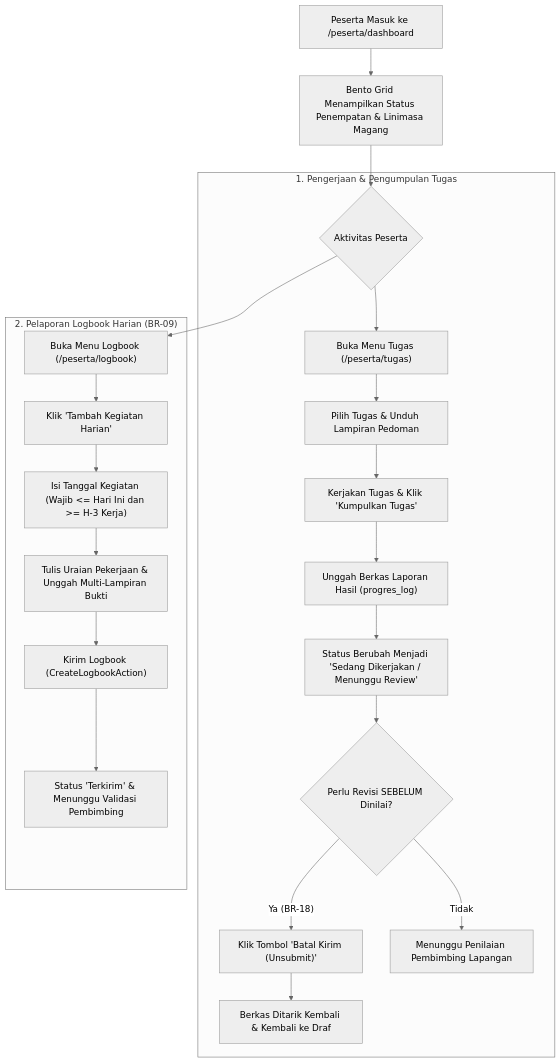
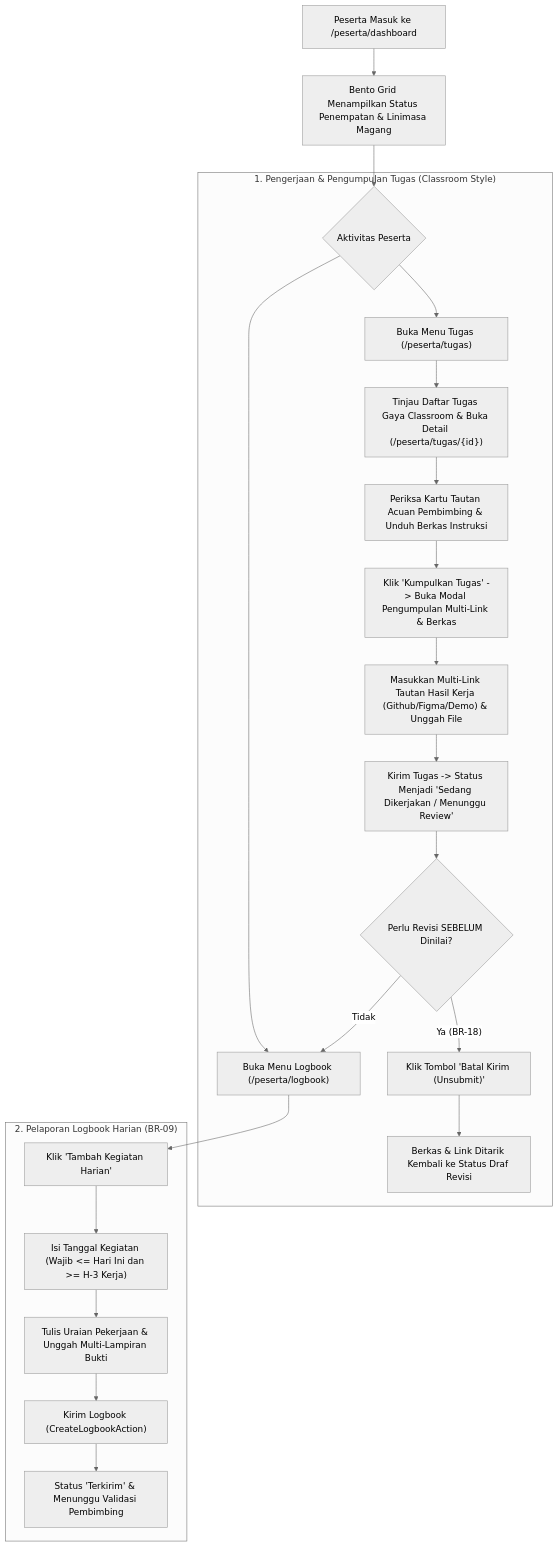
Before and after one commit to EvilAekt/MAGKOM: the diagram in docs/features/participants.md, drawn with Mermaid (neutral theme). The commit also changed other lines of this file and 10 other files, not shown here.

````diff
--- a/docs/features/participants.md
+++ b/docs/features/participants.md
@@ -35,26 +35,27 @@
 ```mermaid
 flowchart TD
     A["Peserta Masuk ke /peserta/dashboard"] --> B["Bento Grid Menampilkan Status Penempatan & Linimasa Magang"]
     B --> C{"Aktivitas Peserta"}
     
-    subgraph AlurTugas ["1. Pengerjaan & Pengumpulan Tugas"]
+    subgraph AlurTugas ["1. Pengerjaan & Pengumpulan Tugas (Classroom Style)"]
         C --> D["Buka Menu Tugas (/peserta/tugas)"]
-        D --> E["Pilih Tugas & Unduh Lampiran Pedoman"]
-        E --> F["Kerjakan Tugas & Klik 'Kumpulkan Tugas'"]
-        F --> G["Unggah Berkas Laporan Hasil (progres_log)"]
-        G --> H["Status Berubah Menjadi 'Sedang Dikerjakan / Menunggu Review'"]
-        H --> I{"Perlu Revisi SEBELUM Dinilai?"}
-        I -- "Ya (BR-18)" --> J["Klik Tombol 'Batal Kirim (Unsubmit)'"]
-        J --> K["Berkas Ditarik Kembali & Kembali ke Draf"]
-        I -- "Tidak" --> L["Menunggu Penilaian Pembimbing Lapangan"]
+        D --> E["Tinjau Daftar Tugas Gaya Classroom & Buka Detail (/peserta/tugas/{id})"]
+        E --> F["Periksa Kartu Tautan Acuan Pembimbing & Unduh Berkas Instruksi"]
+        F --> G["Klik 'Kumpulkan Tugas' -> Buka Modal Pengumpulan Multi-Link & Berkas"]
+        G --> H["Masukkan Multi-Link Tautan Hasil Kerja (Github/Figma/Demo) & Unggah File"]
+        H --> I["Kirim Tugas -> Status Menjadi 'Sedang Dikerjakan / Menunggu Review'"]
+        I --> J{"Perlu Revisi SEBELUM Dinilai?"}
+        J -- "Ya (BR-18)" --> K["Klik Tombol 'Batal Kirim (Unsubmit)'"]
+        K --> L["Berkas & Link Ditarik Kembali ke Status Draf Revisi"]
+        J -- "Tidak" --> M["Menunggu Penilaian & Masukan Pembimbing Lapangan"]
     end
 
     subgraph AlurLogbook ["2. Pelaporan Logbook Harian (BR-09)"]
         C --> M["Buka Menu Logbook (/peserta/logbook)"]
         M --> N["Klik 'Tambah Kegiatan Harian'"]
         N --> O["Isi Tanggal Kegiatan (Wajib <= Hari Ini dan >= H-3 Kerja)"]
         O --> P["Tulis Uraian Pekerjaan & Unggah Multi-Lampiran Bukti"]
         P --> Q["Kirim Logbook (CreateLogbookAction)"]
         Q --> R["Status 'Terkirim' & Menunggu Validasi Pembimbing"]
     end
 ```
````
